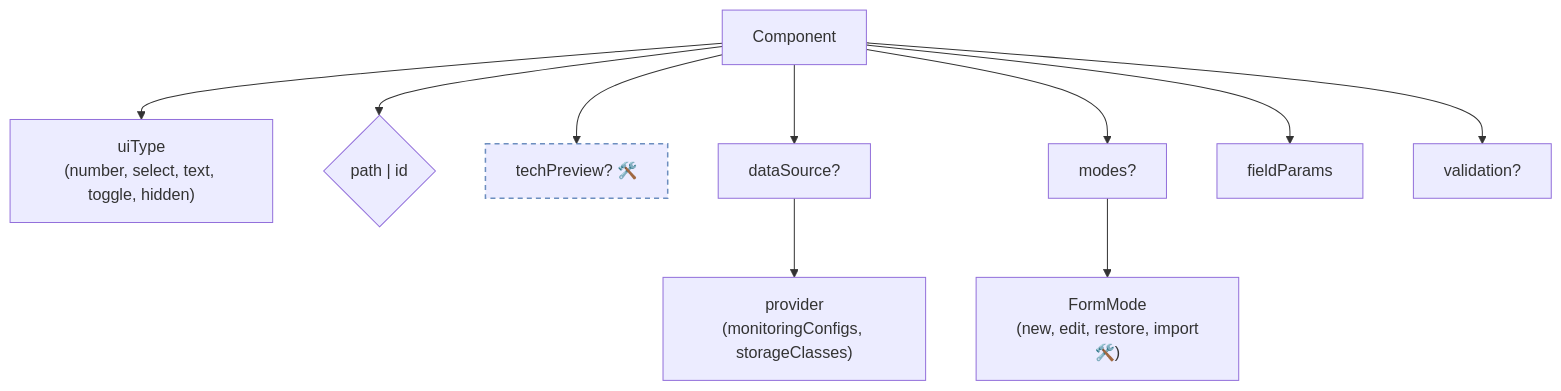
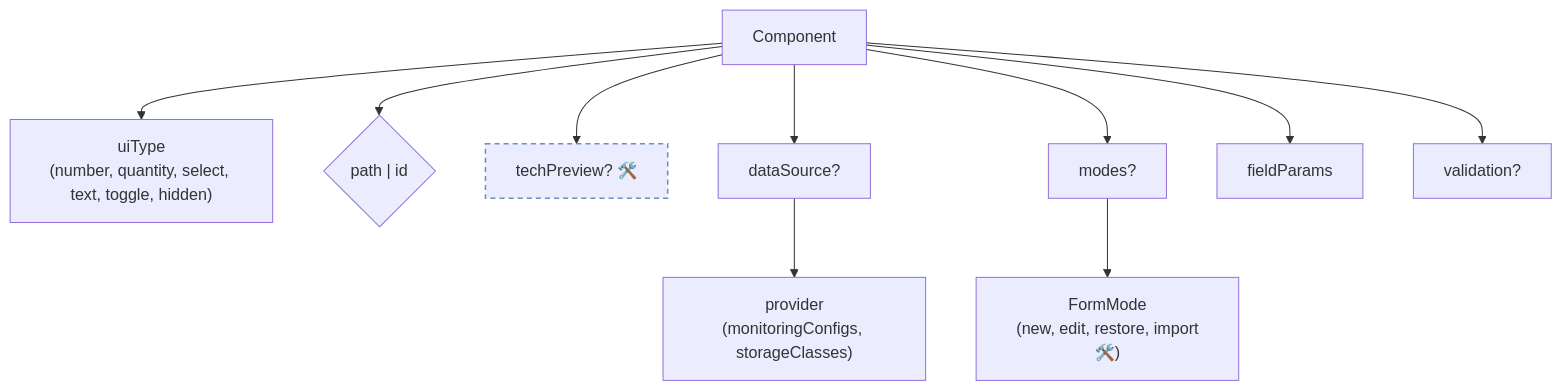
One commit to openeverest/openeverest changed the third of 6 diagrams in docs/ui/architecture/ui-generator/schema-reference.md. Above: the diagram before and after it, drawn with Mermaid. The commit also changed other lines of this file and 20 other files, not shown here.

First line of the commit message:
feat(ui): add a quantity field type for Kubernetes quantities

````diff
--- a/docs/ui/architecture/ui-generator/schema-reference.md
+++ b/docs/ui/architecture/ui-generator/schema-reference.md
@@ -50,15 +50,15 @@
 ```mermaid
 flowchart TD
-  CMP["Component"] --> UT["uiType<br/>(number, select, text, toggle, hidden)"]
+  CMP["Component"] --> UT["uiType<br/>(number, quantity, select, text, toggle, hidden)"]
   CMP --> PID{"path | id"}
   CMP --> TP2["techPreview? 🛠️"]
   CMP --> DS2["dataSource?"]
   DS2 --> PROVIDER["provider<br/>(monitoringConfigs, storageClasses)"]
   CMP --> MOD2["modes?"]
   MOD2 --> FORM_MODE["FormMode<br/>(new, edit, restore, import🛠️)"]
   CMP --> FP2["fieldParams"]
   CMP --> VAL2["validation?"]
 
   classDef planned stroke-dasharray:5 4,stroke:#6c8ebf,stroke-width:1.5px;
   class TP2 planned;
 ```
````
